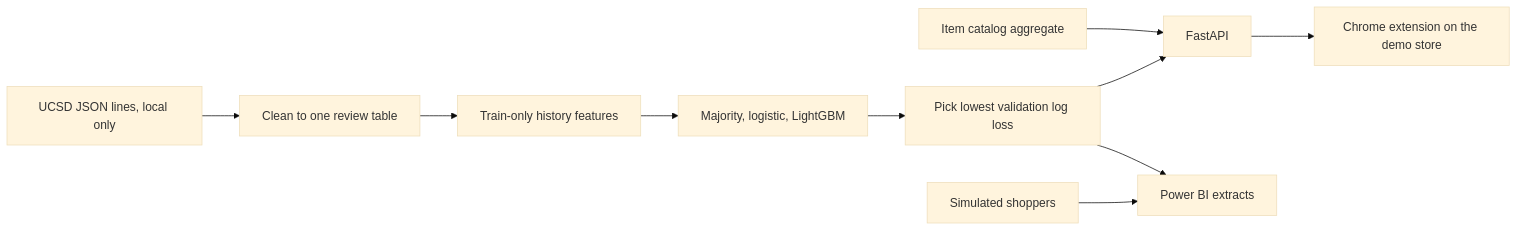
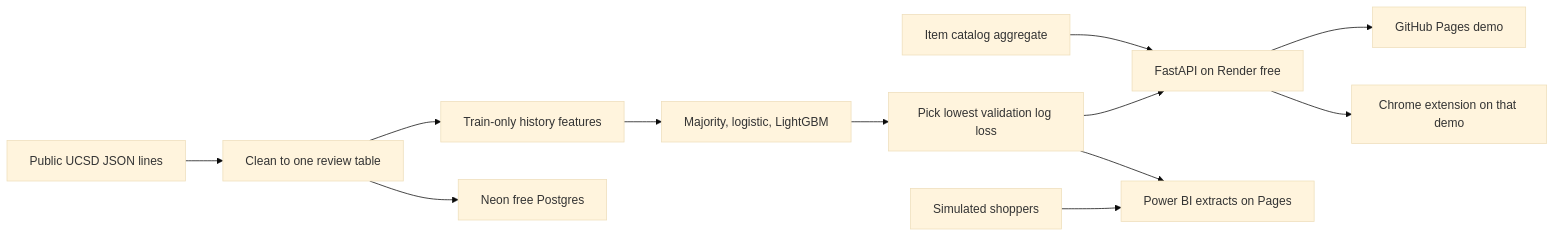
Before and after one commit to neelsrejan/fit-finder: the diagram in README.md, drawn with Mermaid (base theme). The commit also changed other lines of this file and 44 other files, not shown here.

First line of the commit message:
Public hosted UCSD data on Neon with live Render API (#3)

````diff
--- a/README.md
+++ b/README.md
@@ -26,12 +26,14 @@
 ```mermaid
 flowchart LR
-  raw[UCSD JSON lines, local only] --> clean[Clean to one review table]
+  raw[Public UCSD JSON lines] --> clean[Clean to one review table]
   clean --> features[Train-only history features]
   features --> models[Majority, logistic, LightGBM]
   models --> choice[Pick lowest validation log loss]
-  choice --> api[FastAPI]
+  choice --> api[FastAPI on Render free]
   catalog[Item catalog aggregate] --> api
-  api --> ext[Chrome extension on the demo store]
-  sim[Simulated shoppers] --> extracts[Power BI extracts]
+  clean --> neon[Neon free Postgres]
+  api --> page[GitHub Pages demo]
+  api --> ext[Chrome extension on that demo]
+  sim[Simulated shoppers] --> extracts[Power BI extracts on Pages]
   choice --> extracts
 ```
````
